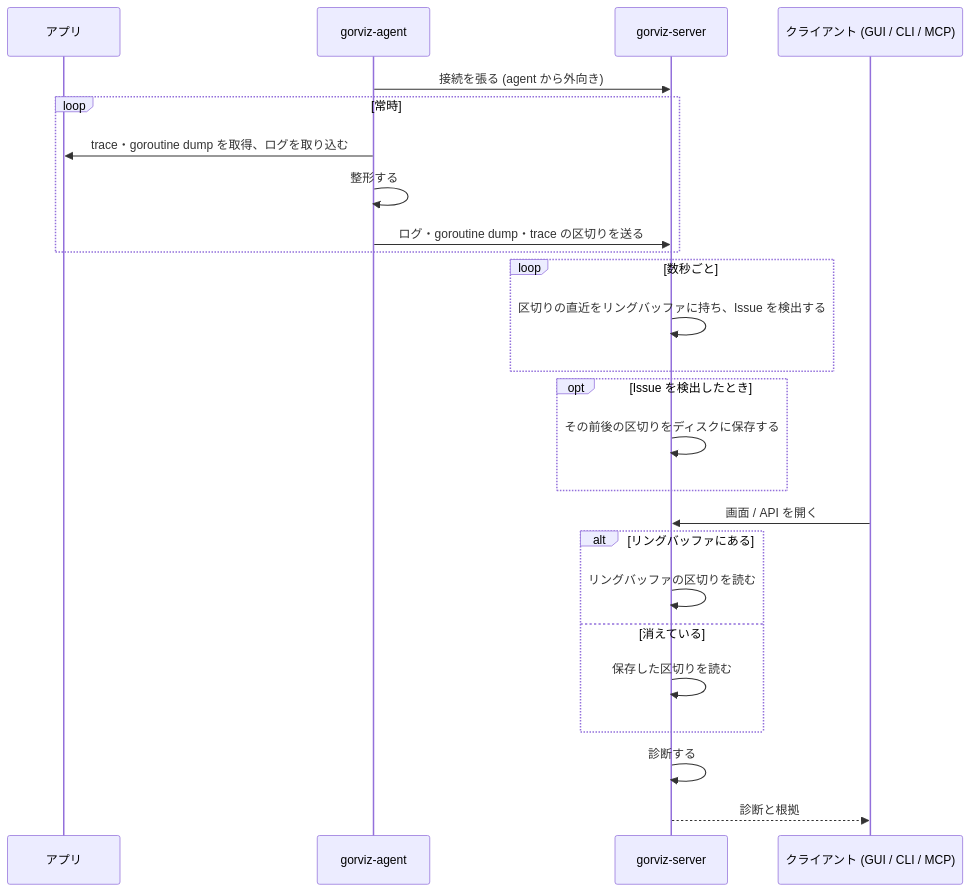
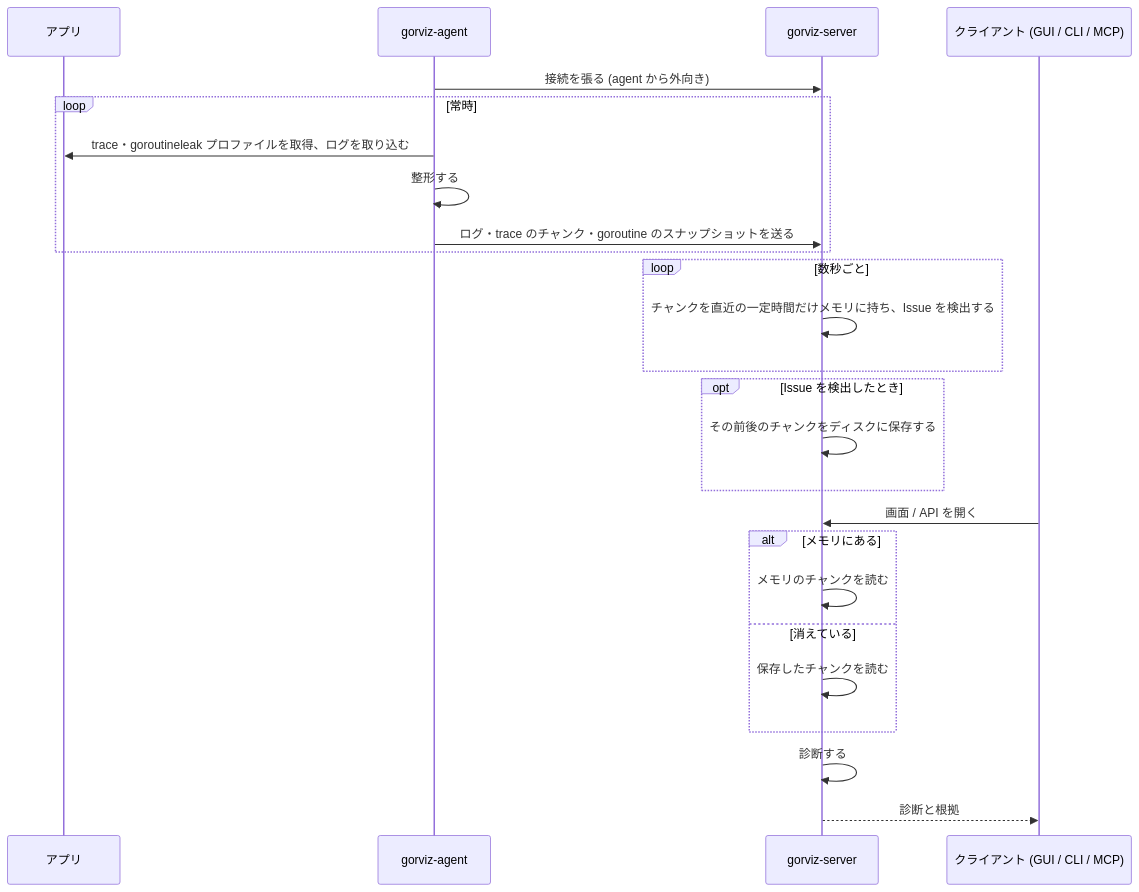
Before and after one commit to kakkky/gorviz: the fourth of 4 diagrams in docs/design.md, drawn with Mermaid. The commit also changed other lines of this file, not shown here.

Commit message:
docs: build the goroutine snapshot from the execution trace instead of stopping the world for goroutine dumps, identify goroutines by process, keep data per service with instances under it, and number the sections

````diff
--- a/docs/design.md
+++ b/docs/design.md
@@ -184,28 +184,28 @@
 ```mermaid
 sequenceDiagram
     participant T as アプリ
     participant A as gorviz-agent
     participant S as gorviz-server
     participant C as クライアント (GUI / CLI / MCP)
 
     A->>S: 接続を張る (agent から外向き)
     loop 常時
-        A->>T: trace・goroutine dump を取得、ログを取り込む
+        A->>T: trace・goroutineleak プロファイルを取得、ログを取り込む
         A->>A: 整形する
-        A->>S: ログ・goroutine dump・trace の区切りを送る
+        A->>S: ログ・trace のチャンク・goroutine のスナップショットを送る
     end
     loop 数秒ごと
-        S->>S: 区切りの直近をリングバッファに持ち、Issue を検出する
+        S->>S: チャンクを直近の一定時間だけメモリに持ち、Issue を検出する
     end
     opt Issue を検出したとき
-        S->>S: その前後の区切りをディスクに保存する
+        S->>S: その前後のチャンクをディスクに保存する
     end
     C->>S: 画面 / API を開く
-    alt リングバッファにある
-        S->>S: リングバッファの区切りを読む
+    alt メモリにある
+        S->>S: メモリのチャンクを読む
     else 消えている
-        S->>S: 保存した区切りを読む
+        S->>S: 保存したチャンクを読む
     end
     S->>S: 診断する
     S-->>C: 診断と根拠
 ```
````
